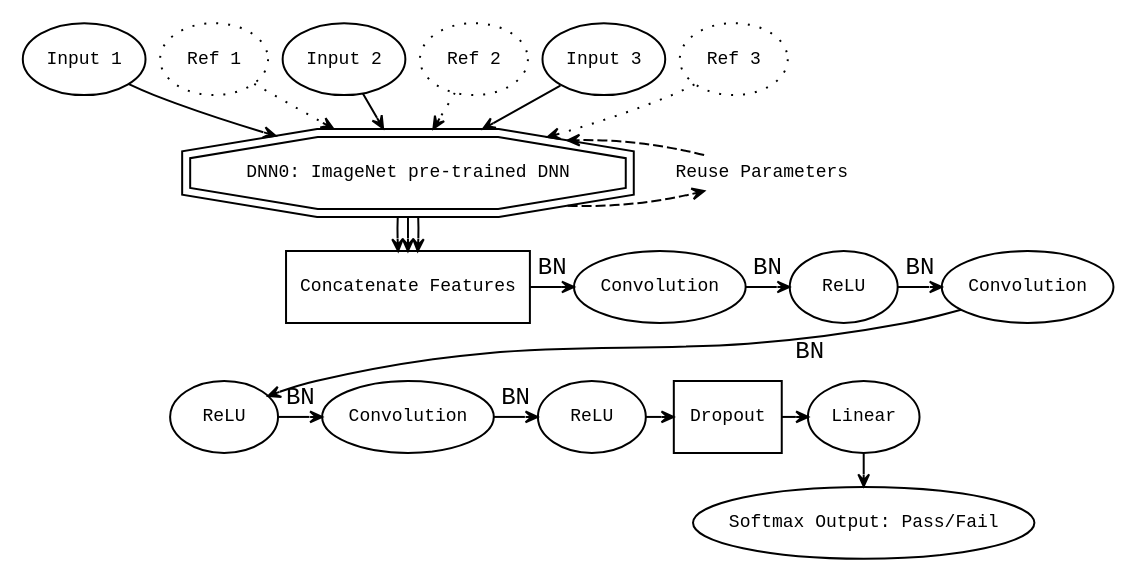
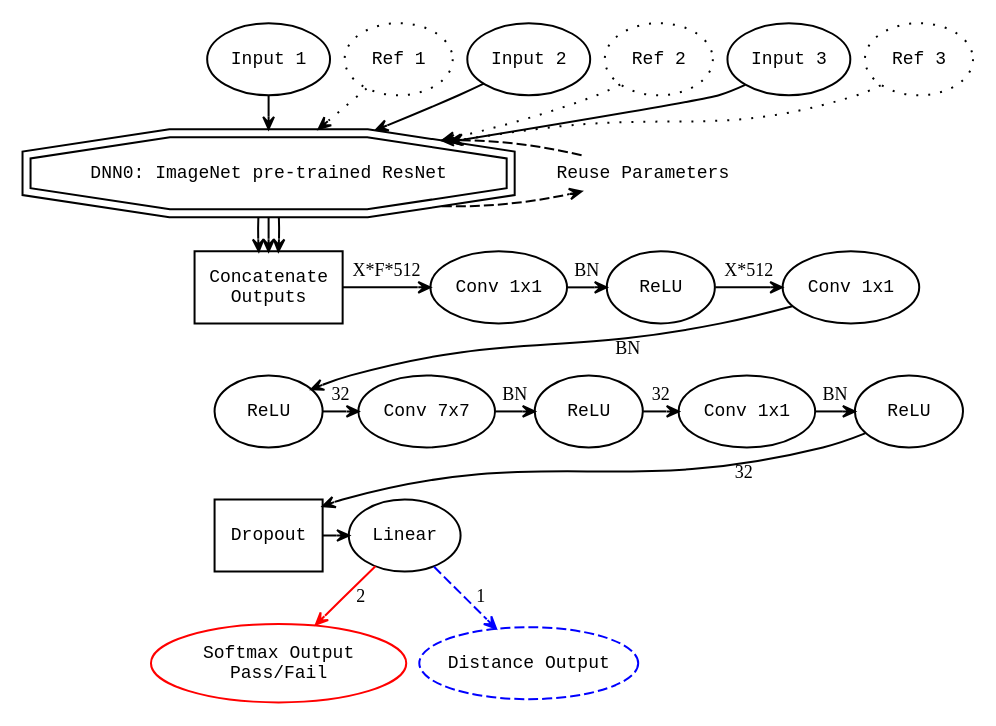
One commit to vfonov/deep-qc changed the diagram in aqc_net.dot. Above: the diagram before and after it, drawn with Graphviz. The commit also changed 17 other files, not shown here.

```diff
--- a/aqc_net.dot
+++ b/aqc_net.dot
@@ -1,71 +1,84 @@
 digraph hierarchy{
     graph[rankdir=UD, center=false, margin=0.0, nodesep=0.1, ranksep=0.2]
     node[fontname="Courier", fontsize=9, fixedsize=false]
-    edge[arrowsize=0.6, arrowhead=vee, fontname="Courier", fontsize=12]
+    edge[arrowsize=0.6, arrowhead=vee, fontname="Ubuntu", fontsize=9]
     
     Input_1;Ref_1;
     Input_2;Ref_2;
     Input_3;Ref_3;
 
     NET->Linear_1[weight=1];
     NET->Linear_1[weight=1];
     NET->Linear_1[weight=1];
     
     NET->REUSE[style="dashed"]
     REUSE->NET[style="dashed"]
     
     REUSE[label="Reuse Parameters"; shape="none";width=0.1;height=0.1];
     
-    NET[label="DNN0: ImageNet pre-trained DNN"; shape="doubleoctagon"];
+    NET[label="DNN0: ImageNet pre-trained ResNet"; shape="doubleoctagon"];
     
     {rank=same;  NET  REUSE}
 
-    Linear_1[label="Concatenate Features";shape="box"]; 
+    Linear_1[label="Concatenate\nOutputs";shape="box"]; 
     
-    CONV_1[label="Convolution"]; 
-    CONV_2[label="Convolution"];
-    CONV_3[label="Convolution"];
+    CONV_1[label="Conv 1x1"]; 
+    CONV_2[label="Conv 1x1"];
+    CONV_3[label="Conv 7x7"];
+    CONV_4[label="Conv 1x1"];
+
     ReLU_1[label="ReLU"];
     ReLU_2[label="ReLU"];
     ReLU_3[label="ReLU"];
+    ReLU_4[label="ReLU"];
     
     Dropout[shape=box];
     
     Linear_2[label="Linear"];
-    Output[shape=ellipse;label="Softmax Output: Pass/Fail"];
+    Output_CLS[shape=ellipse;label="Softmax Output\nPass/Fail",color="red"];
+    Output_MSE[shape=ellipse;label="Distance Output",style="dashed",color="blue"];
     
     Input_1[shape=ellipse; label="Input 1"];
     Input_2[shape=ellipse; label="Input 2"];
     Input_3[shape=ellipse; label="Input 3"];
     
     Ref_1[shape=ellipse;style="dotted"; label="Ref 1"];
     Ref_2[shape=ellipse;style="dotted"; label="Ref 2"];
     Ref_3[shape=ellipse;style="dotted"; label="Ref 3"];
     
     {rank=same; Input_1 Ref_1 Input_2 Ref_2 Input_3 Ref_3}
     
-    Input_1 -> NET; Ref_1 -> NET[style="dotted"];
+    Input_1 -> NET[weight=10]; Ref_1 -> NET[style="dotted"];
     Input_2 -> NET; Ref_2 -> NET[style="dotted"];
     Input_3 -> NET; Ref_3 -> NET[style="dotted"];
     
-    Linear_1  -> CONV_1[label="BN"];
+    Linear_1  -> CONV_1[label="X*F*512"];
     CONV_1    -> ReLU_1[label="BN"];
     
-    ReLU_1    -> CONV_2[label="BN"];
+    ReLU_1    -> CONV_2[label="X*512"];
     CONV_2    -> ReLU_2[label="BN"];
     
-    ReLU_2    -> CONV_3[label="BN"];
+    ReLU_2    -> CONV_3[label="32"];
     CONV_3    -> ReLU_3[label="BN"];
+
+    ReLU_3    -> CONV_4[label="32"];
+    CONV_4    -> ReLU_4[label="BN"];
     
-    ReLU_3    -> Dropout;
+    ReLU_4    -> Dropout[label="32"];
     Dropout   -> Linear_2;
-    Linear_2  -> Output;
+
+    Linear_2  -> Output_CLS[label="2",color="red"];
+    Linear_2  -> Output_MSE[label="1",style="dashed",color="blue"];
     
     /*Just for layout*/
-    /*Linear_1 -> Input_1[style="invis";weight=10]; */
-    CONV_3   -> Linear_1[style="invis";weight=10];
-    
-    {rank=same; Linear_1 CONV_1 ReLU_1 CONV_2   }
-    {rank=same; ReLU_2 CONV_3 ReLU_3 Dropout Linear_2  }
-    {rank=same; Output }
+    Linear_1   -> ReLU_2[style="invis";weight=10];
+    Dropout   -> ReLU_2[style="invis";weight=10];
+    /**/
+
+    {rank=same; Linear_1 CONV_1 ReLU_1 CONV_2 }
+    {rank=same; ReLU_2 CONV_3 ReLU_3 ReLU_4 CONV_4 }  
+    {rank=same; Dropout Linear_2  }
+
+    /* alternative outputs */
+    subgraph {rank=same; Output_CLS Output_MSE }
 }
```
